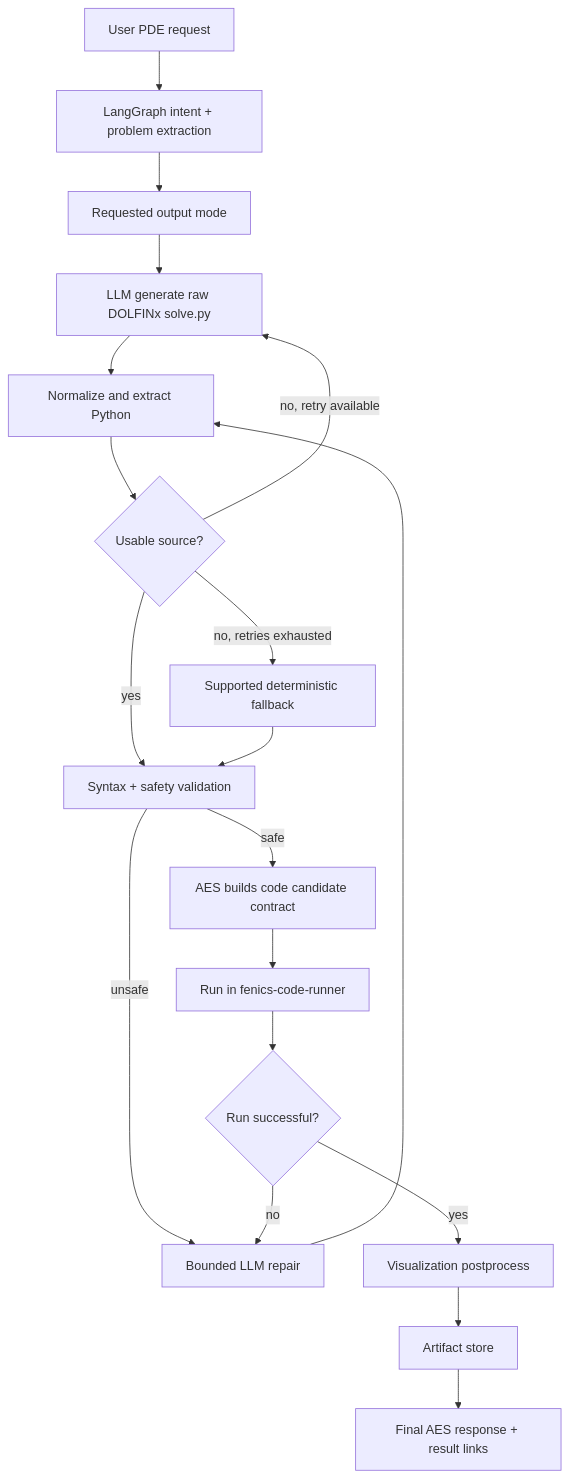
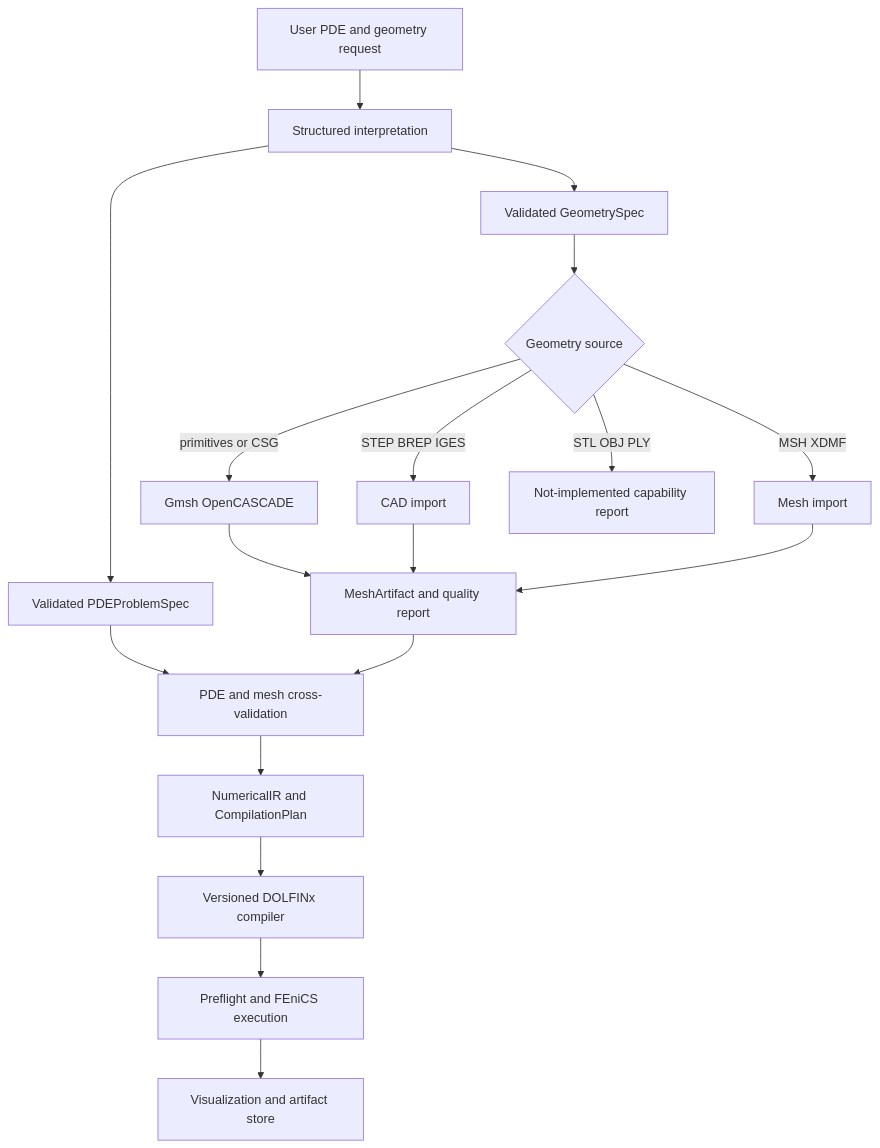
Before and after one commit to RadmirG/AES: the eighth of 10 diagrams in docs/architecture.md, drawn with Mermaid. The commit also changed other lines of this file and 60 other files, not shown here.

Commit message:
Implemented a combined typed PDE and geometry pipeline

````diff
--- a/docs/architecture.md
+++ b/docs/architecture.md
@@ -259,21 +261,20 @@
 ```mermaid
 flowchart TD
-    A["User PDE request"] --> B["LangGraph intent + problem extraction"]
-    B --> C["Requested output mode"]
-    C --> D["LLM generate raw DOLFINx solve.py"]
-    D --> E["Normalize and extract Python"]
-    E --> F{"Usable source?"}
-    F -->|"no, retry available"| D
-    F -->|"no, retries exhausted"| G["Supported deterministic fallback"]
-    F -->|yes| H["Syntax + safety validation"]
-    G --> H
-    H -->|unsafe| I["Bounded LLM repair"]
-    I --> E
-    H -->|safe| J["AES builds code candidate contract"]
-    J --> K["Run in fenics-code-runner"]
-    K --> L{"Run successful?"}
-    L -->|no| I
-    L -->|yes| M["Visualization postprocess"]
-    M --> N["Artifact store"]
-    N --> O["Final AES response + result links"]
+    A["User PDE and geometry request"] --> B["Structured interpretation"]
+    B --> C["Validated PDEProblemSpec"]
+    B --> D["Validated GeometrySpec"]
+    D --> E{"Geometry source"}
+    E -->|primitives or CSG| F["Gmsh OpenCASCADE"]
+    E -->|STEP BREP IGES| G["CAD import"]
+    E -->|MSH XDMF| H["Mesh import"]
+    E -->|STL OBJ PLY| I["Not-implemented capability report"]
+    F --> J["MeshArtifact and quality report"]
+    G --> J
+    H --> J
+    C --> K["PDE and mesh cross-validation"]
+    J --> K
+    K --> L["NumericalIR and CompilationPlan"]
+    L --> M["Versioned DOLFINx compiler"]
+    M --> N["Preflight and FEniCS execution"]
+    N --> O["Visualization and artifact store"]
 ```
````
